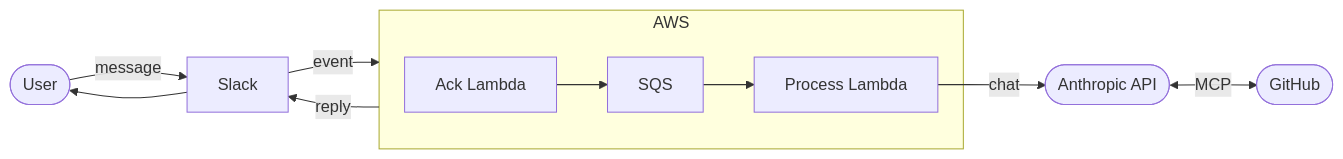
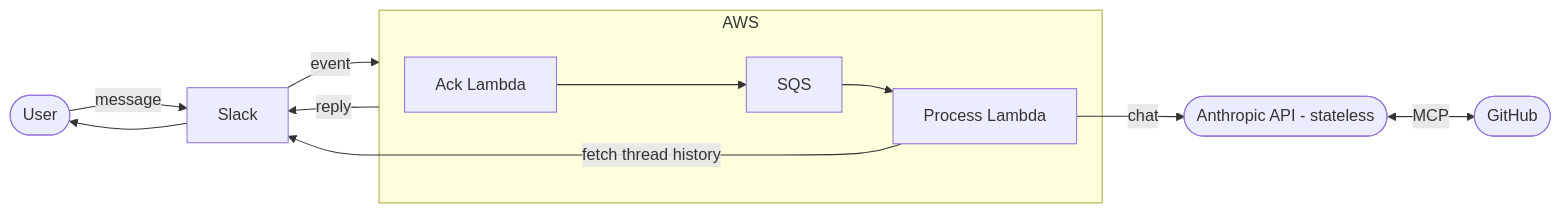
One commit to alecryan88/slack_bot changed the first of 2 diagrams in README.md. Above: the diagram before and after it, drawn with Mermaid.

Commit message:
aupdate readme

````diff
--- a/README.md
+++ b/README.md
@@ -7,14 +7,15 @@
 ```mermaid
 flowchart LR
     User([User]) -->|message| Slack
     Slack -->|event| AWS
     AWS -->|reply| Slack
     Slack --> User
 
     subgraph AWS
         Ack[Ack Lambda] --> SQS --> Process[Process Lambda]
     end
 
-    Process -->|chat| Anthropic([Anthropic API])
+    Process -->|fetch thread history| Slack
+    Process -->|chat| Anthropic([Anthropic API - stateless])
     Anthropic <-->|MCP| GitHub([GitHub])
 ```
````
